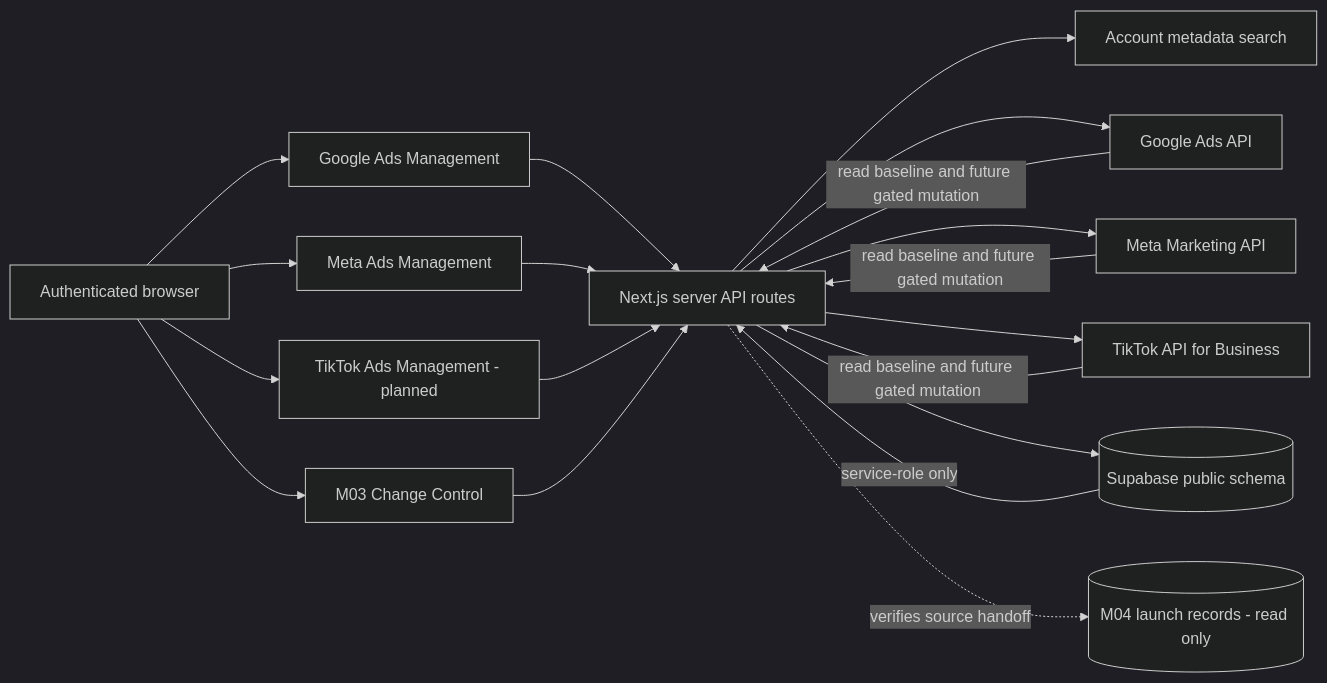
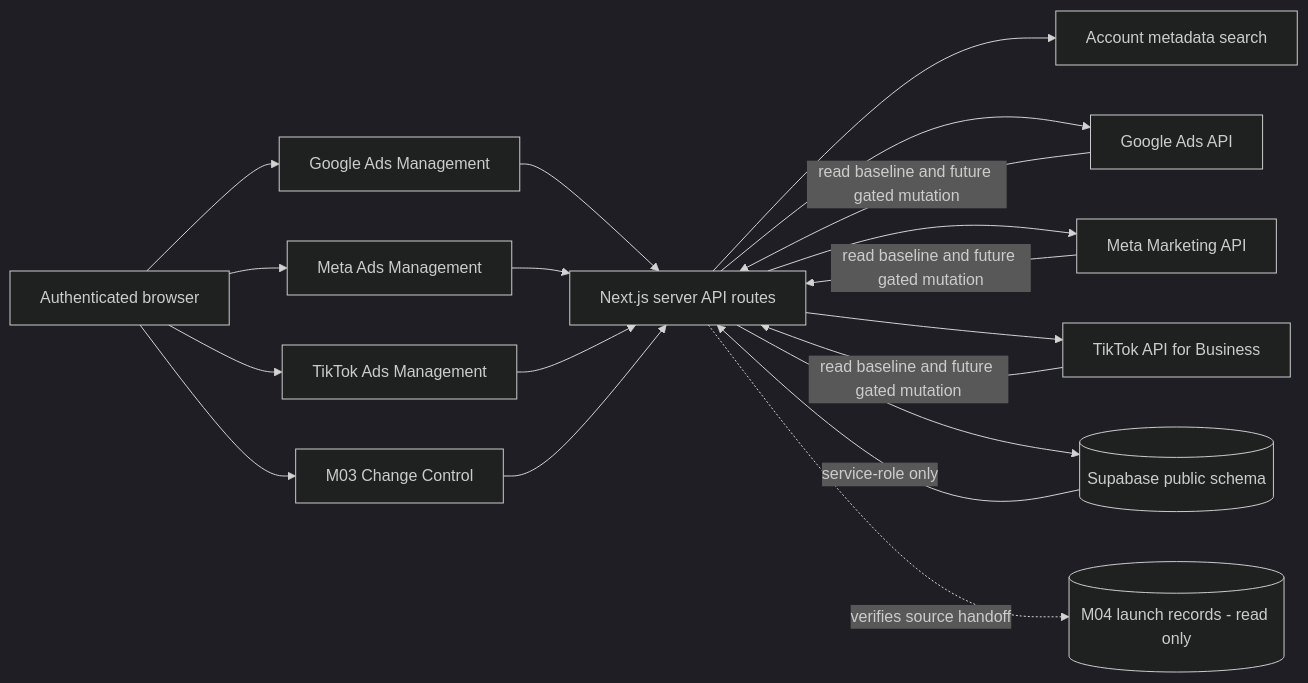
The first of 5 diagrams in docs/architecture/m03-change-control-ad-management-integrations.md (locust08/Automation-Report), drawn with Mermaid (dark theme) before and after one commit. The commit also changed other lines of this file and 57 other files, not shown here.

Commit message:
feat: add TikTok ads management workspace

````diff
--- a/docs/architecture/m03-change-control-ad-management-integrations.md
+++ b/docs/architecture/m03-change-control-ad-management-integrations.md
@@ -5,38 +5,38 @@
 ```mermaid
 flowchart LR
     Browser[Authenticated browser]
     GoogleUI[Google Ads Management]
     MetaUI[Meta Ads Management]
-    TikTokUI[TikTok Ads Management - planned]
+    TikTokUI[TikTok Ads Management]
     M03UI[M03 Change Control]
 
     NextAPI[Next.js server API routes]
     AccountSearch[Account metadata search]
     GoogleAPI[Google Ads API]
     MetaAPI[Meta Marketing API]
     TikTokAPI[TikTok API for Business]
     Supabase[(Supabase public schema)]
     M04[(M04 launch records - read only)]
 
     Browser --> GoogleUI
     Browser --> MetaUI
     Browser --> TikTokUI
     Browser --> M03UI
 
     GoogleUI --> NextAPI
     MetaUI --> NextAPI
     TikTokUI --> NextAPI
     M03UI --> NextAPI
 
     NextAPI --> AccountSearch
     NextAPI --> GoogleAPI
     NextAPI --> MetaAPI
     NextAPI --> TikTokAPI
     NextAPI --> Supabase
     NextAPI -. verifies source handoff .-> M04
 
     Supabase -->|service-role only| NextAPI
     GoogleAPI -->|read baseline and future gated mutation| NextAPI
     MetaAPI -->|read baseline and future gated mutation| NextAPI
     TikTokAPI -->|read baseline and future gated mutation| NextAPI
 ```
````
